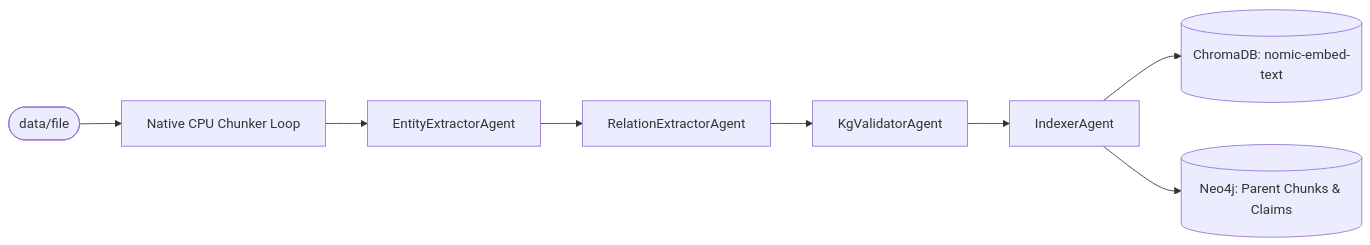
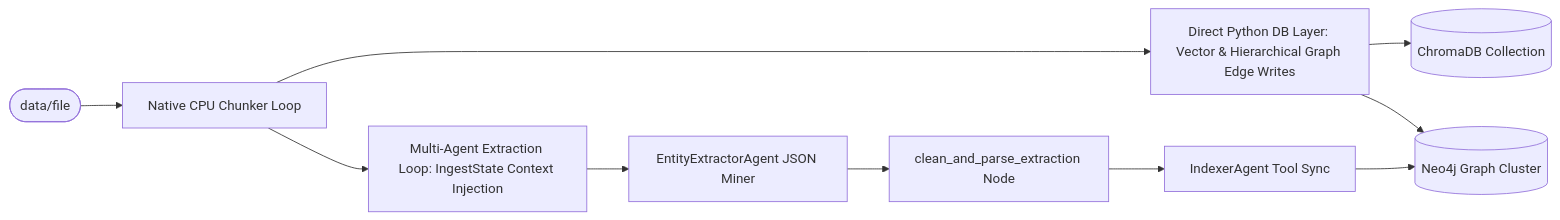
One commit to ranapratapmajee/nexusmind-adk changed the second of 2 diagrams in README.md. Above: the diagram before and after it, drawn with Mermaid. The commit also changed other lines of this file and 17 other files, not shown here.

````diff
--- a/README.md
+++ b/README.md
@@ -153,11 +139,15 @@
 ```mermaid
 graph LR
     Start([data/file]) --> Chunker[Native CPU Chunker Loop]
-    Chunker --> EntityExt[EntityExtractorAgent]
-    EntityExt --> RelExt[RelationExtractorAgent]
-    RelExt --> KGVal[KgValidatorAgent]
-    KGVal --> Indexer[IndexerAgent]
-    Indexer --> Chroma[(ChromaDB: nomic-embed-text)]
-    Indexer --> Neo4j[(Neo4j: Parent Chunks & Claims)]
+    Chunker --> Layer1[Direct Python DB Layer: Vector & Hierarchical Graph Edge Writes]
+    Chunker --> Layer2[Multi-Agent Extraction Loop: IngestState Context Injection]
+    
+    Layer2 --> EntityExt[EntityExtractorAgent JSON Miner]
+    EntityExt --> CleanParse[clean_and_parse_extraction Node]
+    CleanParse --> Indexer[IndexerAgent Tool Sync]
+    
+    Layer1 --> Chroma[(ChromaDB Collection)]
+    Layer1 --> Neo4j[(Neo4j Graph Cluster)]
+    Indexer --> Neo4j
 
 ```
````
